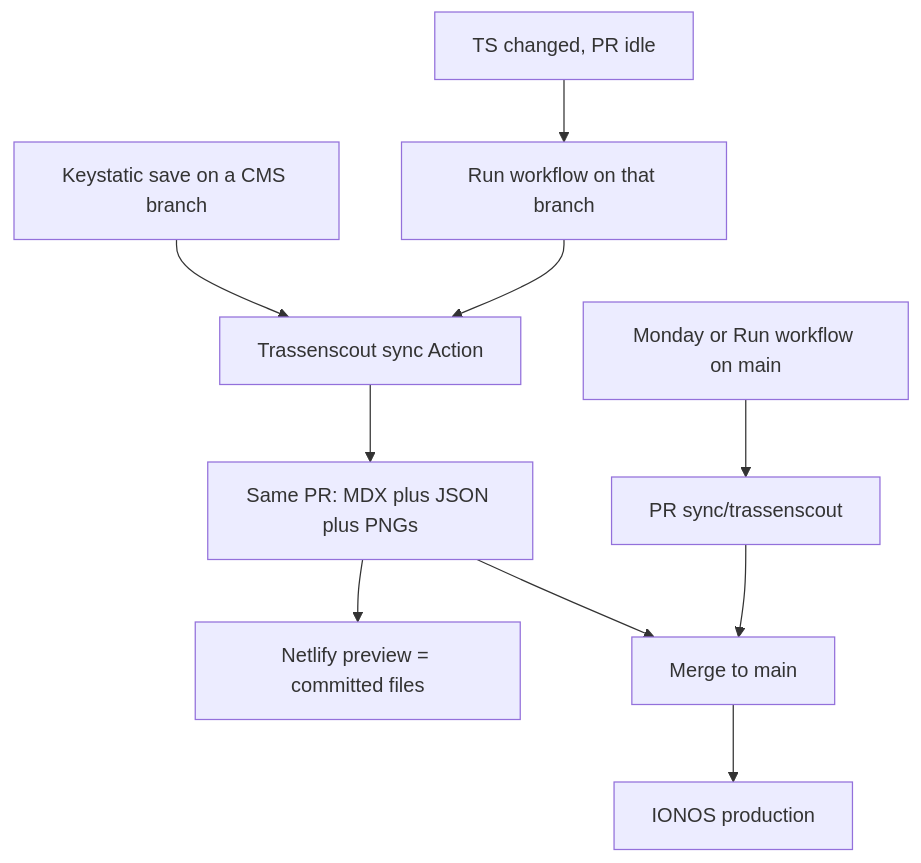
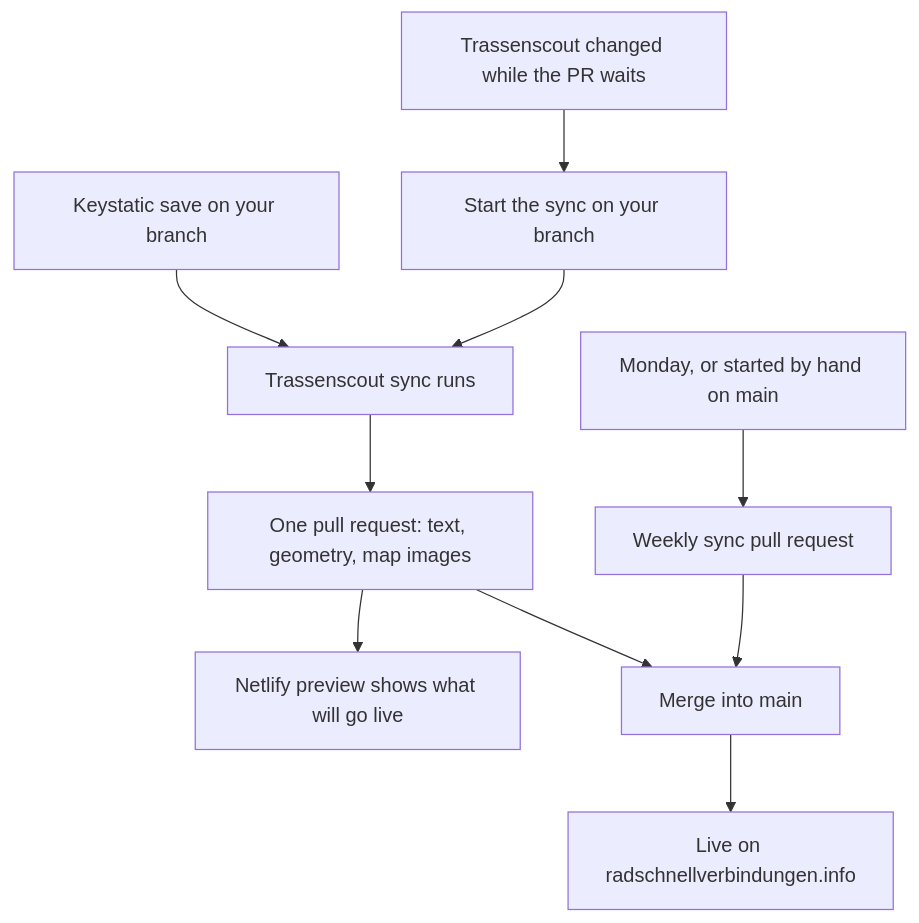
The diagram in docs/EDITORIAL.md (FixMyBerlin/rsv-info), drawn with Mermaid before and after one commit. The commit also changed other lines of this file, not shown here.

````diff
--- a/docs/EDITORIAL.md
+++ b/docs/EDITORIAL.md
@@ -12,15 +12,15 @@
 ```mermaid
 flowchart TD
-  ksSave[Keystatic save on a CMS branch]
-  ksSave --> sync[Trassenscout sync Action]
-  sync --> onePR[Same PR: MDX plus JSON plus PNGs]
-  onePR --> preview[Netlify preview = committed files]
-  onePR --> mergeMain[Merge to main]
-  mergeMain --> ionos[IONOS production]
-  monday[Monday or Run workflow on main]
-  monday --> weeklyPR[PR sync/trassenscout]
+  ksSave[Keystatic save on your branch]
+  ksSave --> sync[Trassenscout sync runs]
+  sync --> onePR[One pull request: text, geometry, map images]
+  onePR --> preview[Netlify preview shows what will go live]
+  onePR --> mergeMain[Merge into main]
+  mergeMain --> ionos[Live on radschnellverbindungen.info]
+  monday[Monday, or started by hand on main]
+  monday --> weeklyPR[Weekly sync pull request]
   weeklyPR --> mergeMain
-  idle[TS changed, PR idle]
-  idle --> dispatch[Run workflow on that branch]
+  idle[Trassenscout changed while the PR waits]
+  idle --> dispatch[Start the sync on your branch]
   dispatch --> sync
 ```
````
